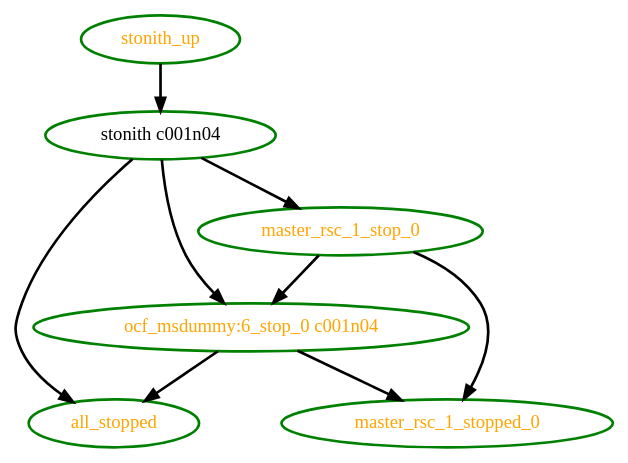
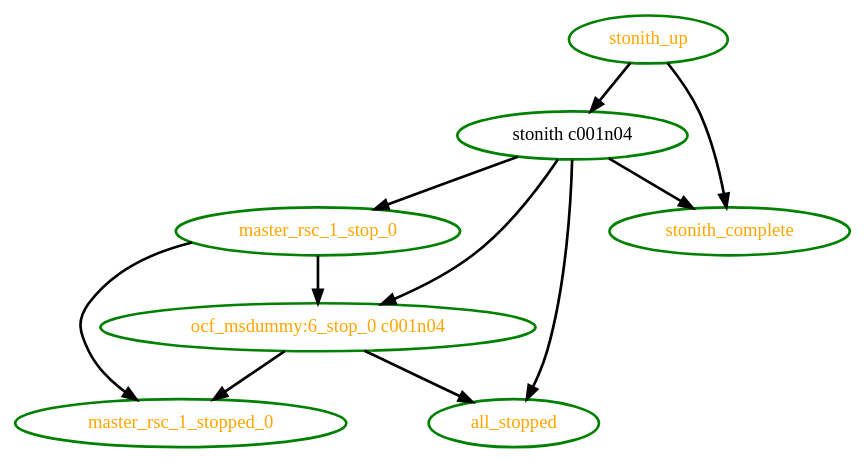
The diagram in pengine/test10/rec-node-13.dot (ClusterLabs/pacemaker-1.0), drawn with Graphviz before and after one commit. The commit also changed 4 other files, not shown here.

```diff
--- a/pengine/test10/rec-node-13.dot
+++ b/pengine/test10/rec-node-13.dot
@@ -1,16 +1,19 @@
 digraph "g" {
 "all_stopped" [ style=bold color="green" fontcolor="orange"  ]
 "master_rsc_1_stop_0" -> "master_rsc_1_stopped_0" [ style = bold]
 "master_rsc_1_stop_0" -> "ocf_msdummy:6_stop_0 c001n04" [ style = bold]
 "master_rsc_1_stop_0" [ style=bold color="green" fontcolor="orange"  ]
 "master_rsc_1_stopped_0" [ style=bold color="green" fontcolor="orange"  ]
 "ocf_msdummy:6_stop_0 c001n04" -> "all_stopped" [ style = bold]
 "ocf_msdummy:6_stop_0 c001n04" -> "master_rsc_1_stopped_0" [ style = bold]
 "ocf_msdummy:6_stop_0 c001n04" [ style=bold color="green" fontcolor="orange"  ]
 "stonith c001n04" -> "all_stopped" [ style = bold]
 "stonith c001n04" -> "master_rsc_1_stop_0" [ style = bold]
 "stonith c001n04" -> "ocf_msdummy:6_stop_0 c001n04" [ style = bold]
+"stonith c001n04" -> "stonith_complete" [ style = bold]
 "stonith c001n04" [ style=bold color="green" fontcolor="black"  ]
+"stonith_complete" [ style=bold color="green" fontcolor="orange"  ]
 "stonith_up" -> "stonith c001n04" [ style = bold]
+"stonith_up" -> "stonith_complete" [ style = bold]
 "stonith_up" [ style=bold color="green" fontcolor="orange"  ]
 }
```
